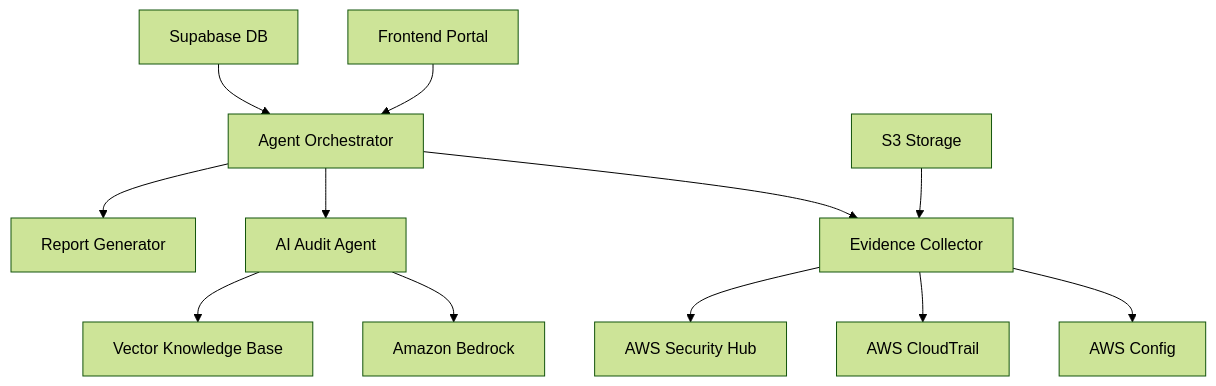
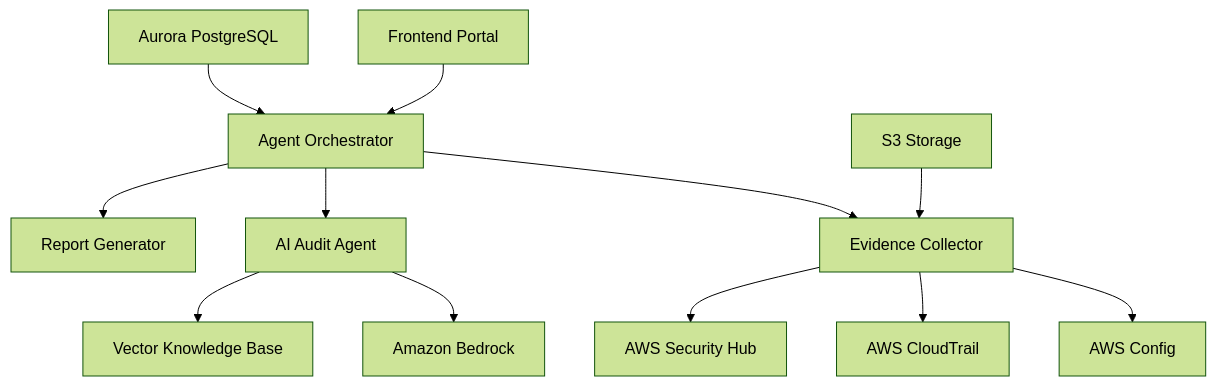
One commit to ngna3007/sentinelai-audit-framework changed the diagram in README.md. Above: the diagram before and after it, drawn with Mermaid (forest theme). The commit also changed other lines of this file, not shown here.

````diff
--- a/README.md
+++ b/README.md
@@ -87,17 +87,17 @@
 ```mermaid
 graph TD
     A[Frontend Portal] --> B[Agent Orchestrator]
     B --> C[Evidence Collector]
     B --> D[AI Audit Agent]
     B --> E[Report Generator]
     
     C --> F[AWS Config]
     C --> G[AWS CloudTrail]
     C --> H[AWS Security Hub]
     
     D --> I[Amazon Bedrock]
     D --> J[Vector Knowledge Base]
     
-    K[Supabase DB] --> B
+    K[Aurora PostgreSQL] --> B
     L[S3 Storage] --> C
 ```
````
